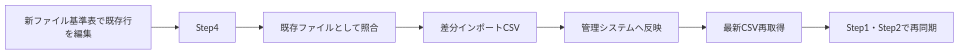
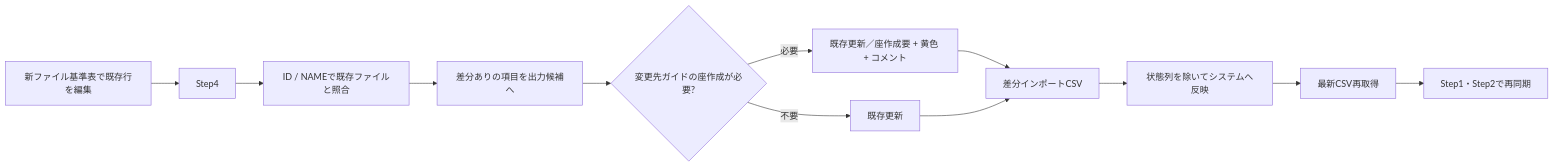
One commit to budou63/file-index-sync changed the fifth of 7 diagrams in 新ファイル基準表.md. Above: the diagram before and after it, drawn with Mermaid. The commit also changed other lines of this file and 4 other files, not shown here.

```diff
--- a/新ファイル基準表.md
+++ b/新ファイル基準表.md
@@ -446,9 +460,14 @@
 ~~~mermaid
 flowchart LR
     A[新ファイル基準表で既存行を編集] --> B[Step4]
-    B --> C[既存ファイルとして照合]
-    C --> D[差分インポートCSV]
-    D --> E[管理システムへ反映]
-    E --> F[最新CSV再取得]
-    F --> G[Step1・Step2で再同期]
+    B --> C[ID / NAMEで既存ファイルと照合]
+    C --> D[差分ありの項目を出力候補へ]
+    D --> E{変更先ガイドの座作成が必要?}
+    E -->|必要| F[既存更新／座作成要 + 黄色 + コメント]
+    E -->|不要| G[既存更新]
+    F --> H[差分インポートCSV]
+    G --> H
+    H --> I[状態列を除いてシステムへ反映]
+    I --> J[最新CSV再取得]
+    J --> K[Step1・Step2で再同期]
 ~~~
```
